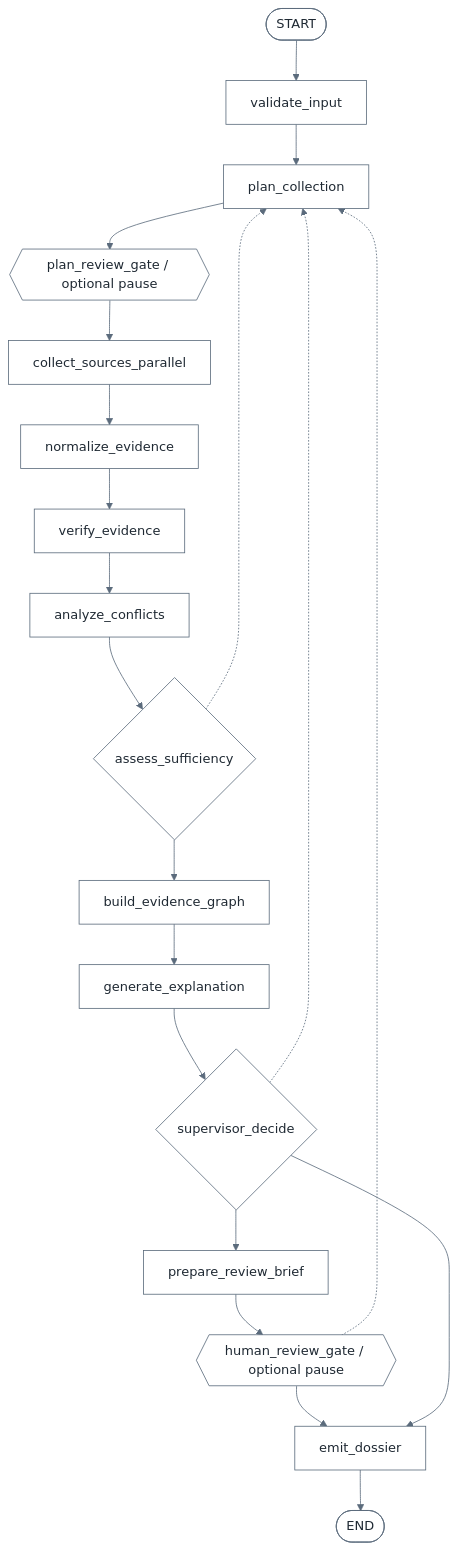
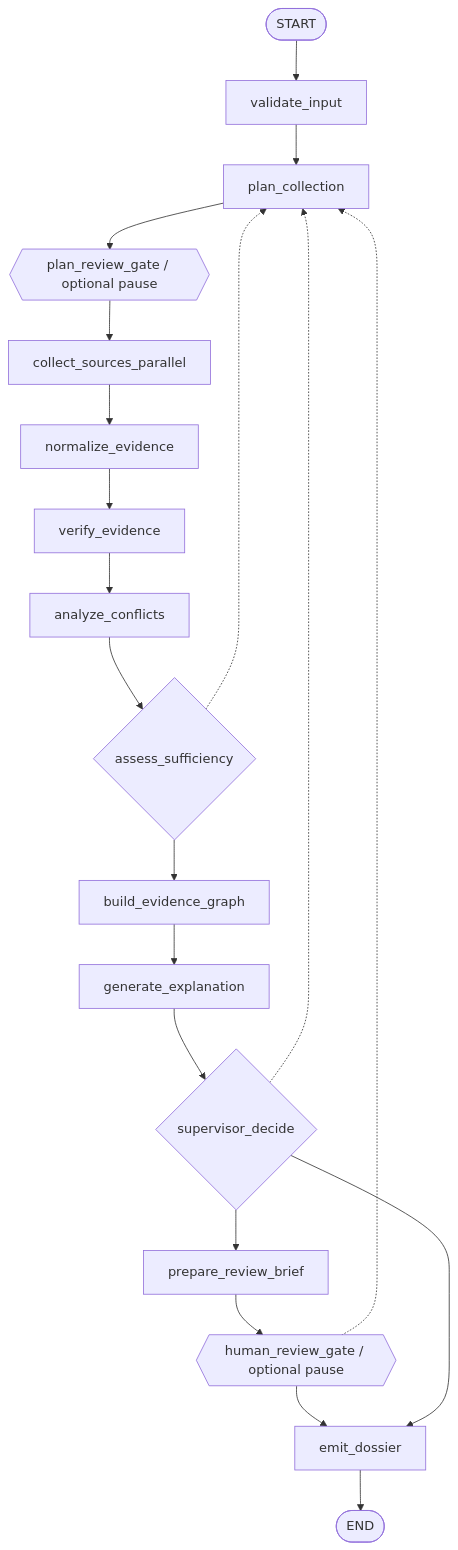
The second of 2 diagrams in README.md (himanshu1573/Drug-disovery-multiple-agent), drawn with Mermaid before and after one commit. The commit also changed other lines of this file, not shown here.

Commit message:
docs: keep diagram colours, force only a white background
The previous commit whitened the nodes themselves, which washed the
diagrams out. Use the default Mermaid palette (coloured nodes) and pin
only the canvas background to white, so the diagrams stay light and
readable in GitHub's dark theme.

Verified by rendering both diagrams with mermaid-cli 10.9.8.

````diff
--- a/README.md
+++ b/README.md
@@ -110,23 +110,23 @@
 ```mermaid
-%%{init: {"theme":"base","themeVariables":{"background":"#ffffff","primaryColor":"#ffffff","primaryTextColor":"#1f2933","primaryBorderColor":"#5b6b7c","lineColor":"#5b6b7c","secondaryColor":"#f4f6f8","tertiaryColor":"#ffffff","clusterBkg":"#ffffff","clusterBorder":"#5b6b7c","edgeLabelBackground":"#ffffff","nodeTextColor":"#1f2933"}}}%%
+%%{init: {"theme":"default","themeVariables":{"background":"#ffffff"}}}%%
 flowchart TD
     S([START]) --> V[validate_input]
     V --> P[plan_collection]
     P --> PG{{plan_review_gate / optional pause}}
     PG --> C[collect_sources_parallel]
     C --> N[normalize_evidence]
     N --> VE[verify_evidence]
     VE --> AC[analyze_conflicts]
     AC --> AS{assess_sufficiency}
     AS --> G[build_evidence_graph]
     G --> E[generate_explanation]
     E --> SD{supervisor_decide}
     SD --> RB[prepare_review_brief]
     RB --> HG{{human_review_gate / optional pause}}
     HG --> D[emit_dossier]
     SD --> D
     D --> X([END])
     AS -.-> P
     SD -.-> P
     HG -.-> P
 ```
````
